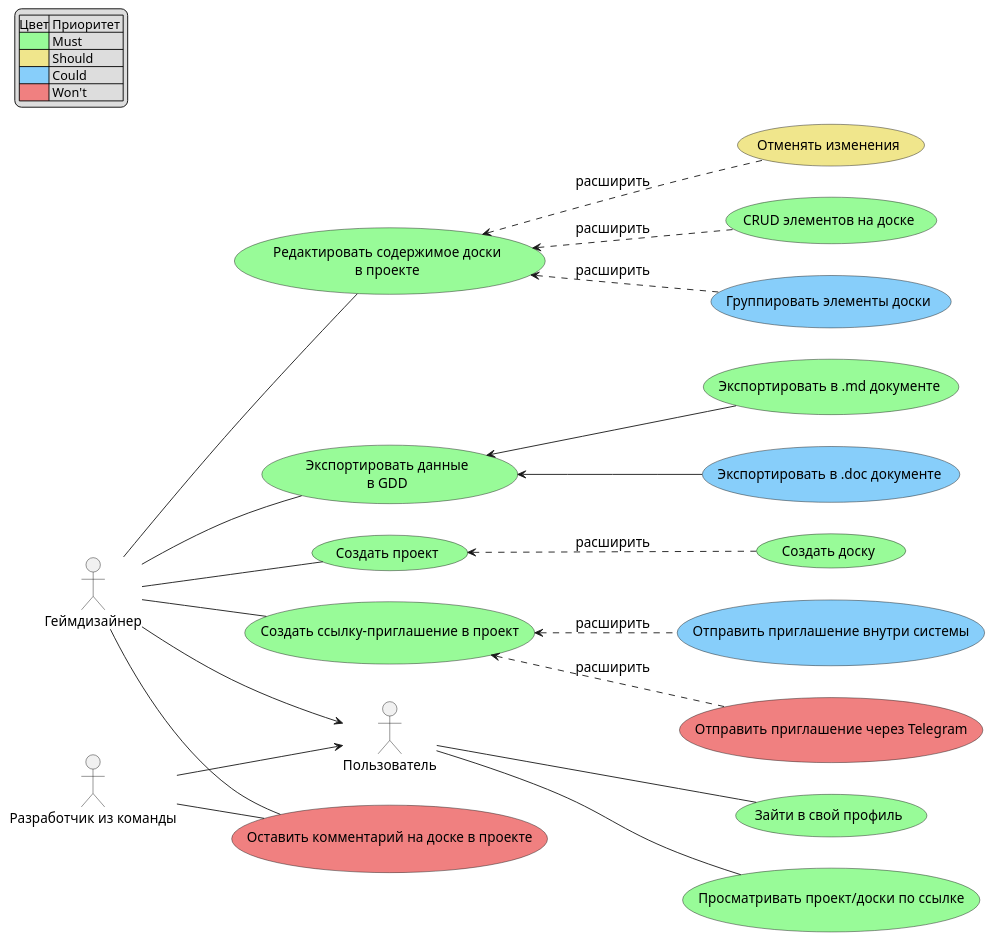
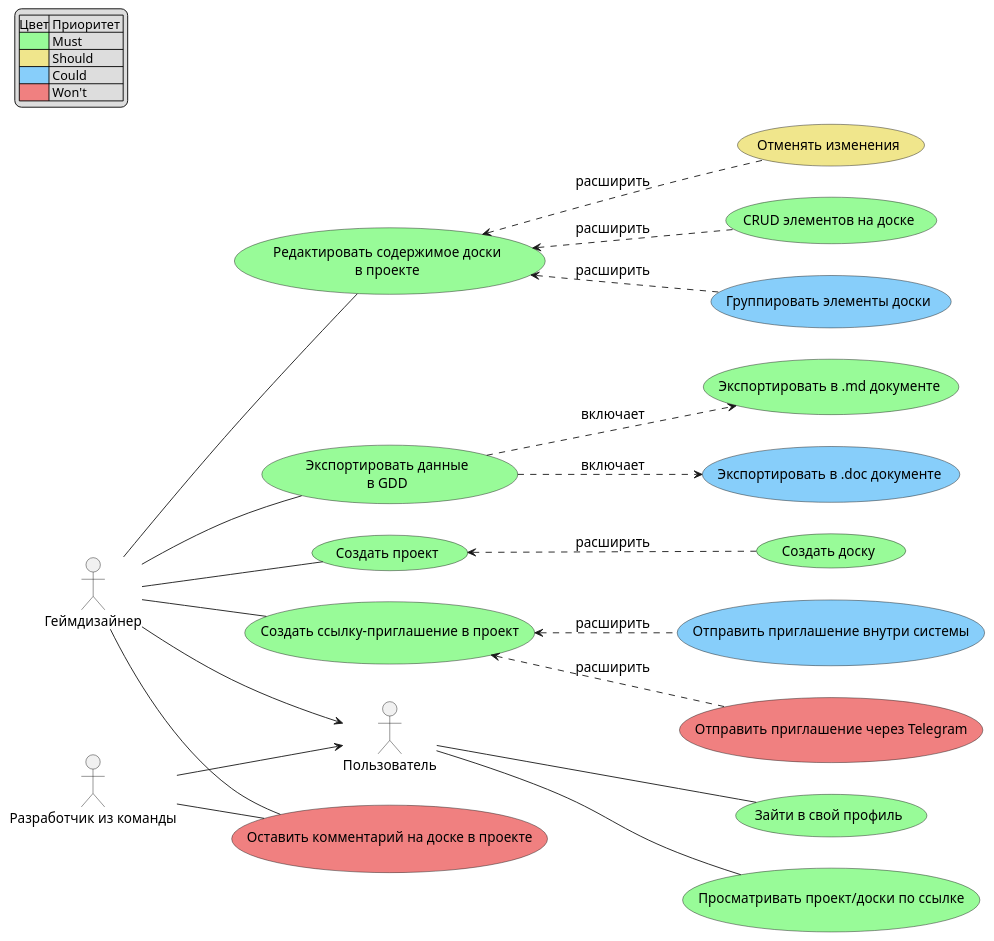
One commit to MentalSmoge/HSE-DSS changed the diagram in diagrams/usecase/usecase.puml. Above: the diagram before and after it, drawn with PlantUML. The commit also changed 1 other file, not shown here.

```diff
--- a/diagrams/usecase/usecase.puml
+++ b/diagrams/usecase/usecase.puml
@@ -1,47 +1,47 @@
 @startuml sas
 left to right direction
 legend top left
     |Цвет| Приоритет |
     |<#palegreen>| Must|
     |<#Khaki>| Should |
     |<#LightSkyBlue>| Could |
     |<#LightCoral>| Won't |
 endlegend
 skinparam defaultFontSize 15
 actor Пользователь as user
 actor Геймдизайнер as designer
 actor "Разработчик из команды" as developer
 usecase (Зайти в свой профиль) as login #palegreen
 usecase (Создать проект) as create_project #palegreen
 usecase (Создать доску) as create_board #palegreen
 usecase (Создать ссылку-приглашение в проект) as create_invitation #palegreen
 usecase (Отправить приглашение через Telegram) as send_via_telegram #LightCoral
 usecase (Отправить приглашение внутри системы) as send_via_system #LightSkyBlue
 usecase (Редактировать содержимое доски\nв проекте) as edit_board #palegreen
 usecase (Группировать элементы доски) as group_in_board #LightSkyBlue
 usecase (Отменять изменения) as rollback #Khaki
 usecase (Экспортировать данные\nв GDD) as export_gdd #palegreen
 usecase (Экспортировать в .doc документе) as export_as_doc #LightSkyBlue
 usecase (Экспортировать в .md документе) as export_as_md #palegreen
 usecase (Просматривать проект/доски по ссылке) as readonly #palegreen
 usecase (Оставить комментарий на доске в проекте) as comment #LightCoral
 usecase (CRUD элементов на доске) as crud_elements #palegreen
 developer -- comment
 designer -- comment
 designer --> user
 developer --> user
 designer -- create_project
 user -- login
 user -- readonly
 create_project <.. create_board : расширить
 designer -- create_invitation
 create_invitation <.. send_via_telegram : расширить
 create_invitation <.. send_via_system : расширить
 designer -- edit_board
 edit_board <.. group_in_board : расширить
 edit_board <.. rollback : расширить
 edit_board <.. crud_elements : расширить
 designer -- export_gdd
-export_gdd <-- export_as_doc 
-export_gdd <-- export_as_md
+export_gdd ..> export_as_doc : включает
+export_gdd ..> export_as_md : включает
 @enduml
```
